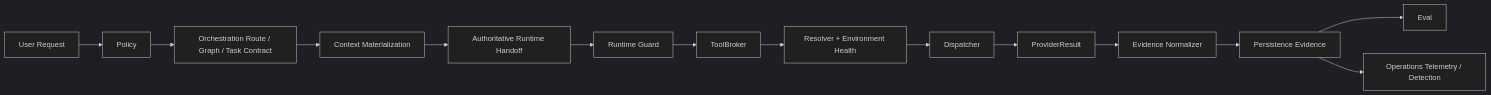
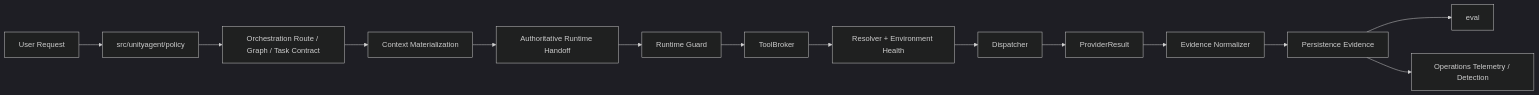
One commit to DarumaPPAP/UnityAgent changed the first of 4 diagrams in docs/architecture/reviews/unityagent-quality-2026-09-04/execution-flows.md. Above: the diagram before and after it, drawn with Mermaid (dark theme). The commit also changed other lines of this file and 1025 other files, not shown here.

````diff
--- a/docs/architecture/reviews/unityagent-quality-2026-09-04/execution-flows.md
+++ b/docs/architecture/reviews/unityagent-quality-2026-09-04/execution-flows.md
@@ -7,16 +7,16 @@
 ```mermaid
 flowchart LR
-    U[User Request] --> P[Policy]
+    U[User Request] --> P[src/unityagent/policy]
     P --> O[Orchestration Route / Graph / Task Contract]
     O --> C[Context Materialization]
     C --> H[Authoritative Runtime Handoff]
     H --> G[Runtime Guard]
     G --> B[ToolBroker]
     B --> R[Resolver + Environment Health]
     R --> D[Dispatcher]
     D --> PR[ProviderResult]
     PR --> N[Evidence Normalizer]
     N --> S[Persistence Evidence]
-    S --> E[Eval]
+    S --> E[eval]
     S --> OP[Operations Telemetry / Detection]
 ```
````
